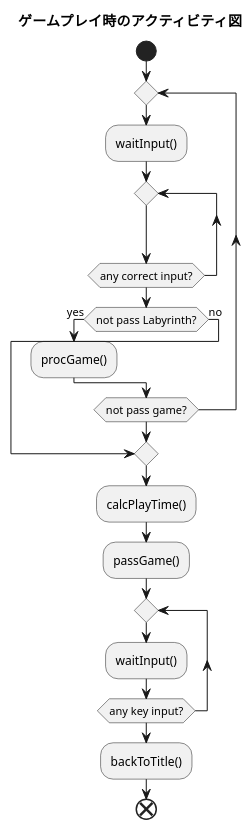
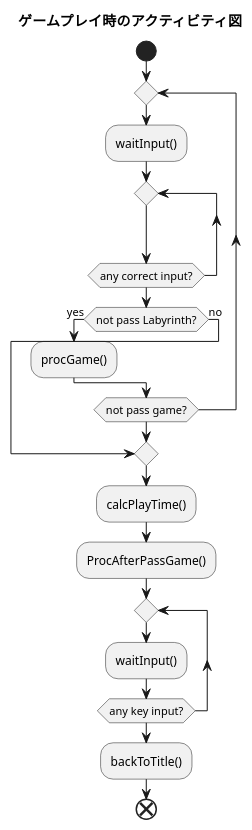
The diagram in A_playGame.pu (horiyoshihiro/LabyrinthGame), drawn with PlantUML before and after one commit. The commit also changed 13 other files, not shown here.

```diff
--- a/A_playGame.pu
+++ b/A_playGame.pu
@@ -1,29 +1,29 @@
 @startuml
 
 title ゲームプレイ時のアクティビティ図
 
 start
 repeat
     :waitInput();
 
     repeat
     repeat while (any correct input?)
 
     if (not pass Labyrinth?) then (yes)
         :procGame();
     else (no)
         break
     endif
 repeat while (not pass game?)
 
 :calcPlayTime();
-:passGame();
+:ProcAfterPassGame();
 repeat
     :waitInput();
 repeat while (any key input?)
 
 :backToTitle();
 
 end
 
 @enduml
```
